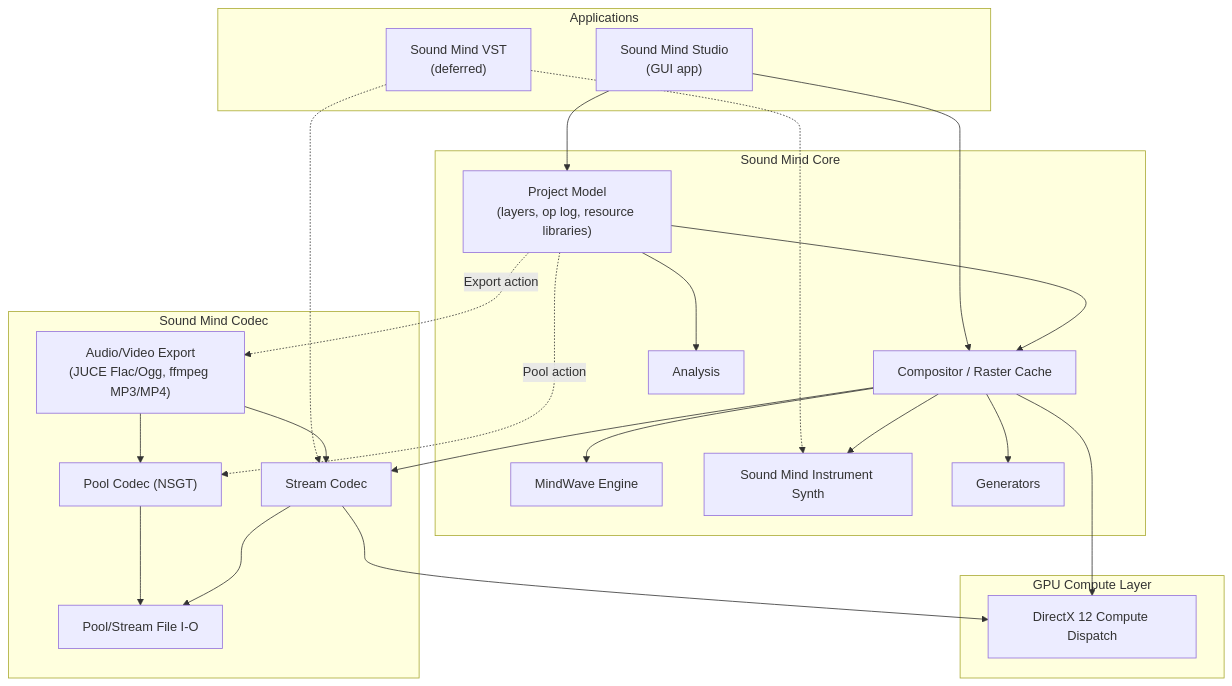
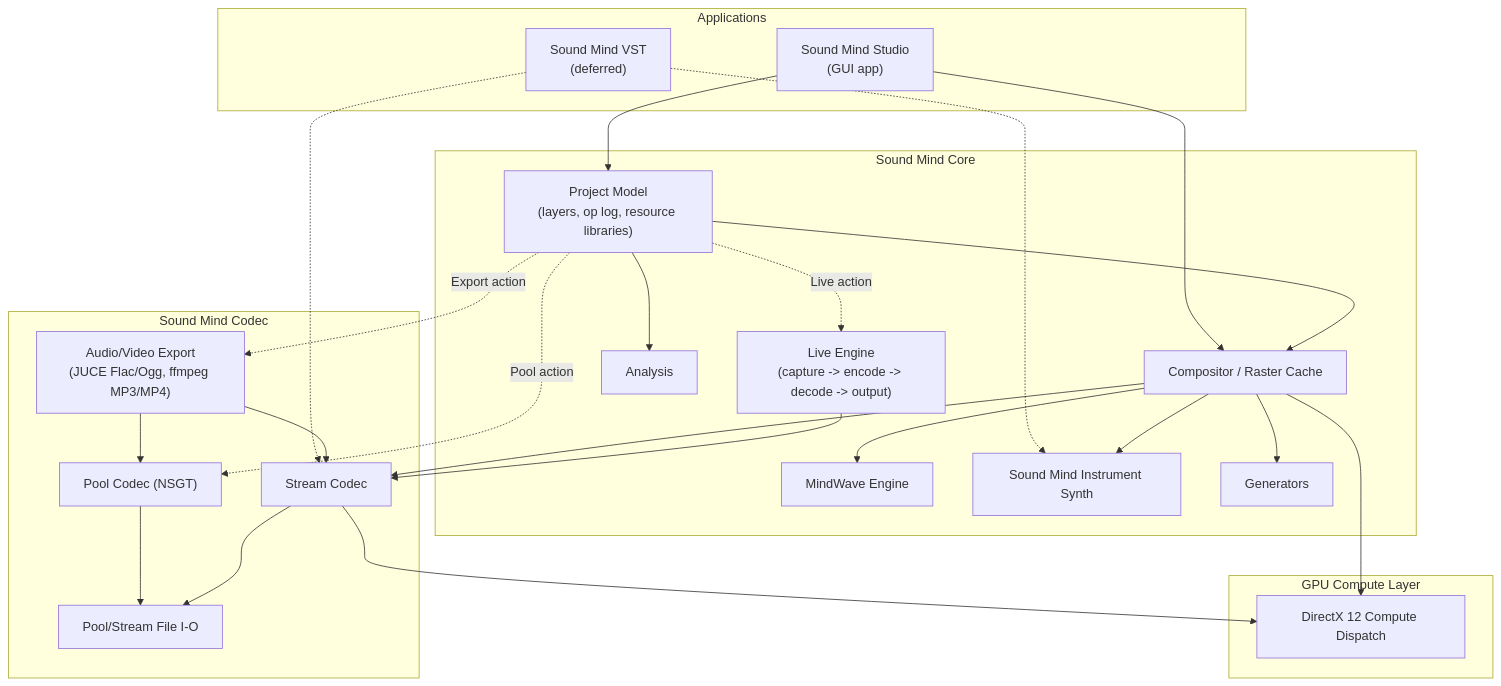
The first of 3 diagrams in docs/sound-mind-architecture.md (TheWalruss/sound-mind-2), drawn with Mermaid before and after one commit. The commit also changed other lines of this file and 19 other files, not shown here.

````diff
--- a/docs/sound-mind-architecture.md
+++ b/docs/sound-mind-architecture.md
@@ -27,48 +27,51 @@
 ```mermaid
 flowchart TB
     subgraph Apps["Applications"]
         Studio["Sound Mind Studio<br/>(GUI app)"]
         VSTApp["Sound Mind VST<br/>(deferred)"]
     end
 
     subgraph Core["Sound Mind Core"]
         ProjectModel["Project Model<br/>(layers, op log, resource libraries)"]
         Compositor["Compositor / Raster Cache"]
         MindWaveEngine["MindWave Engine"]
         InstrumentEngine["Sound Mind Instrument Synth"]
         Generators["Generators"]
         Analysis["Analysis"]
+        LiveEngine["Live Engine<br/>(capture -> encode -> decode -> output)"]
     end
 
     subgraph Codec["Sound Mind Codec"]
         Pool["Pool Codec (NSGT)"]
         Stream["Stream Codec"]
         FormatIO["Pool/Stream File I-O"]
         Export["Audio/Video Export<br/>(JUCE Flac/Ogg, ffmpeg MP3/MP4)"]
     end
 
     subgraph GPUL["GPU Compute Layer"]
         DX12["DirectX 12 Compute Dispatch"]
     end
 
     Studio --> ProjectModel
     Studio --> Compositor
     VSTApp -.-> Stream
     VSTApp -.-> InstrumentEngine
 
     ProjectModel --> Compositor
     Compositor --> MindWaveEngine
     Compositor --> InstrumentEngine
     Compositor --> Generators
     ProjectModel --> Analysis
     Compositor --> Stream
     ProjectModel -. "Pool" action .-> Pool
     Pool --> FormatIO
     Stream --> FormatIO
     ProjectModel -. "Export" action .-> Export
     Export --> Pool
     Export --> Stream
+    ProjectModel -. "Live" action .-> LiveEngine
+    LiveEngine --> Stream
 
     Stream --> DX12
     Compositor --> DX12
 ```
````
